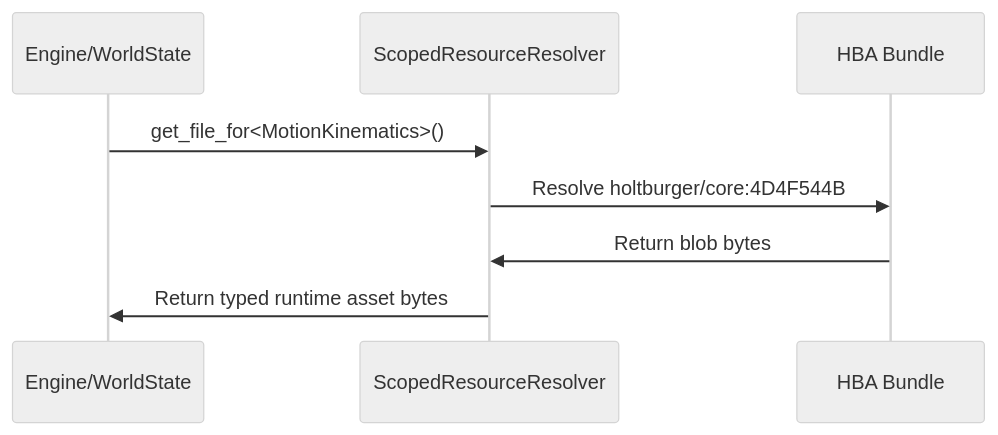
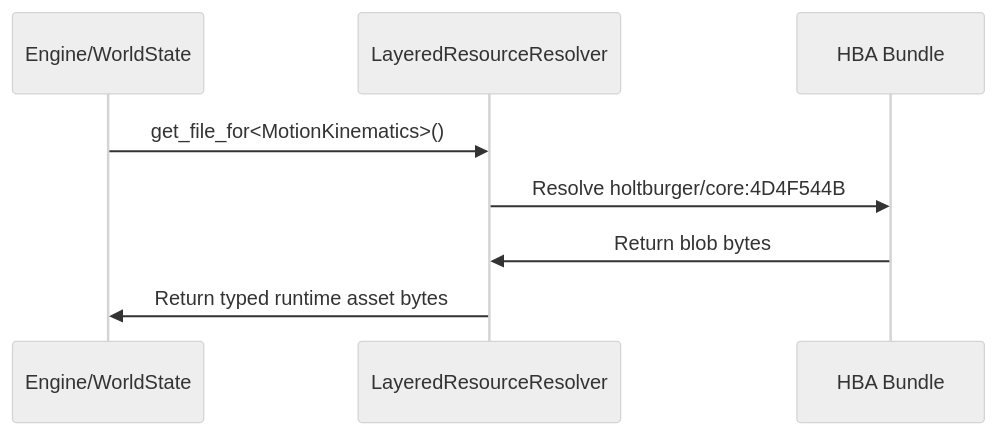
One commit to merklejerk/holtburger changed the diagram in crates/holtburger-dat/ARCHITECTURE.md. Above: the diagram before and after it, drawn with Mermaid (neutral theme). The commit also changed other lines of this file and 36 other files, not shown here.

````diff
--- a/crates/holtburger-dat/ARCHITECTURE.md
+++ b/crates/holtburger-dat/ARCHITECTURE.md
@@ -44,11 +45,11 @@
 ```mermaid
 sequenceDiagram
     participant Core as Engine/WorldState
-    participant Resolver as ScopedResourceResolver
+    participant Resolver as LayeredResourceResolver
     participant Hba as HBA Bundle
 
     Core->>Resolver: get_file_for<MotionKinematics>()
     Resolver->>Hba: Resolve holtburger/core:4D4F544B
     Hba->>Resolver: Return blob bytes
     Resolver->>Core: Return typed runtime asset bytes
 ```
````
